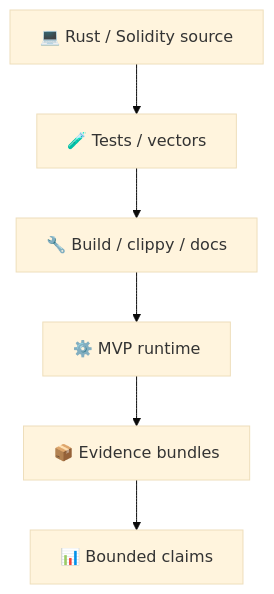
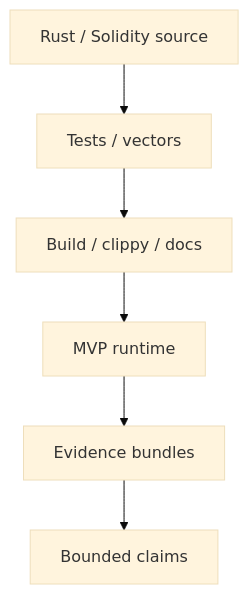
The second of 2 diagrams in README.md (Shtenco/synergy_ai_blockchain), drawn with Mermaid (base theme) before and after one commit. The commit also changed other lines of this file, not shown here.

````diff
--- a/README.md
+++ b/README.md
@@ -104,8 +104,8 @@
 ```mermaid
 flowchart TB
-    SRC[💻 Rust / Solidity source] --> TEST[🧪 Tests / vectors]
-    TEST --> BUILD[🔧 Build / clippy / docs]
-    BUILD --> RUNTIME[⚙️ MVP runtime]
-    RUNTIME --> EVID[📦 Evidence bundles]
-    EVID --> CLAIM[📊 Bounded claims]
+    SRC[ Rust / Solidity source] --> TEST[ Tests / vectors]
+    TEST --> BUILD[ Build / clippy / docs]
+    BUILD --> RUNTIME[ MVP runtime]
+    RUNTIME --> EVID[ Evidence bundles]
+    EVID --> CLAIM[ Bounded claims]
 ```
````
